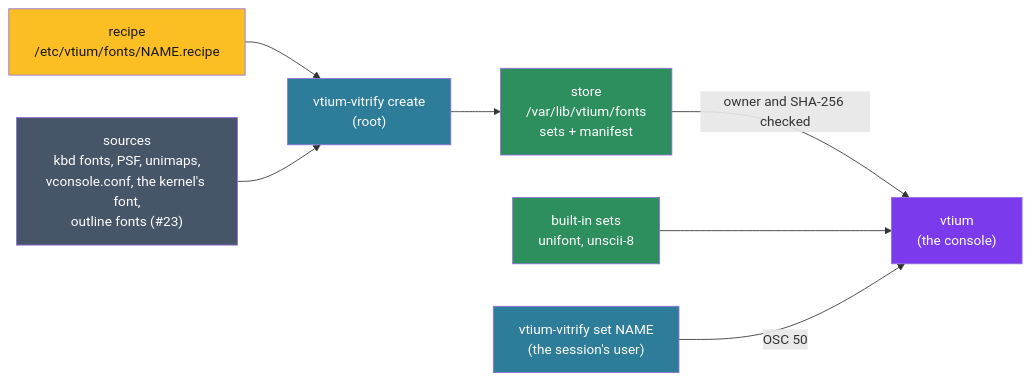
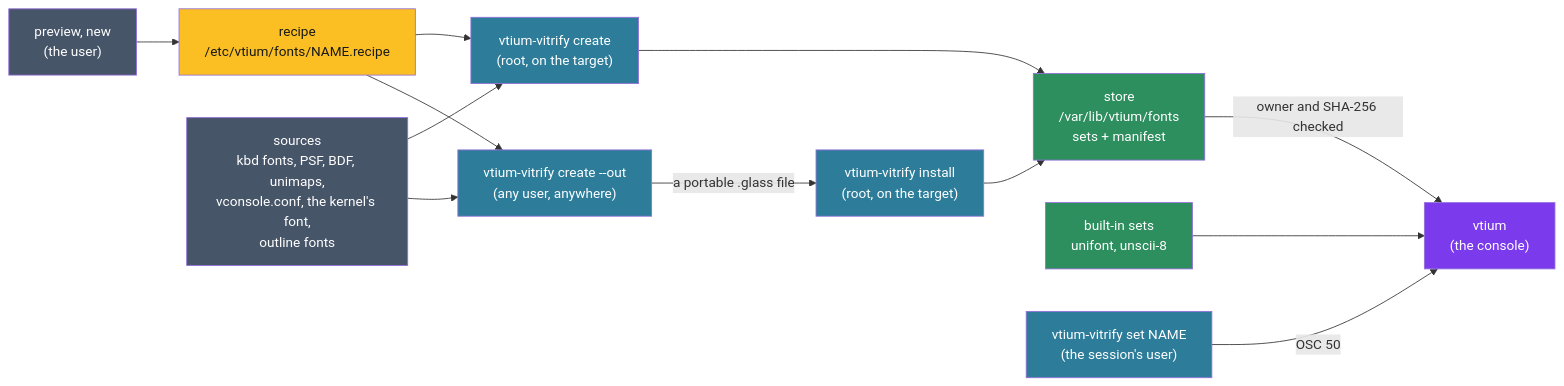
One commit to vtium/vtium changed the diagram in docs/architecture/font/ADR-1200-fonts-reach-the-console-as-vitrified-sets-from-a-root-owned-store.md. Above: the diagram before and after it, drawn with Mermaid. The commit also changed other lines of this file, not shown here.

First line of the commit message:
docs(font): revise ADR-1200 with the operator's decisions and the font research

````diff
--- a/docs/architecture/font/ADR-1200-fonts-reach-the-console-as-vitrified-sets-from-a-root-owned-store.md
+++ b/docs/architecture/font/ADR-1200-fonts-reach-the-console-as-vitrified-sets-from-a-root-owned-store.md
@@ -103,16 +150,24 @@
 ```mermaid
 flowchart LR
+    P["preview, new<br>(the user)"] --> R
     R["recipe<br>/etc/vtium/fonts/NAME.recipe"] --> C
-    S["sources<br>kbd fonts, PSF, unimaps,<br>vconsole.conf, the kernel's font,<br>outline fonts (#23)"] --> C
-    C["vtium-vitrify create<br>(root)"] --> ST["store<br>/var/lib/vtium/fonts<br>sets + manifest"]
+    S["sources<br>kbd fonts, PSF, BDF, unimaps,<br>vconsole.conf, the kernel's font,<br>outline fonts"] --> C
+    S --> O
+    R --> O["vtium-vitrify create --out<br>(any user, anywhere)"]
+    O -->|"a portable .glass file"| I["vtium-vitrify install<br>(root, on the target)"]
+    C["vtium-vitrify create<br>(root, on the target)"] --> ST["store<br>/var/lib/vtium/fonts<br>sets + manifest"]
+    I --> ST
     ST -->|"owner and SHA-256 checked"| V["vtium<br>(the console)"]
     B["built-in sets<br>unifont, unscii-8"] --> V
     U["vtium-vitrify set NAME<br>(the session's user)"] -->|"OSC 50"| V
     style C fill:#2d7d9a,color:#ffffff
+    style O fill:#2d7d9a,color:#ffffff
+    style I fill:#2d7d9a,color:#ffffff
     style V fill:#7c3aed,color:#ffffff
     style ST fill:#2d8e5e,color:#ffffff
     style B fill:#2d8e5e,color:#ffffff
     style R fill:#fbbf24,color:#1a1a1a
     style S fill:#475569,color:#ffffff
+    style P fill:#475569,color:#ffffff
     style U fill:#2d7d9a,color:#ffffff
 ```
````
